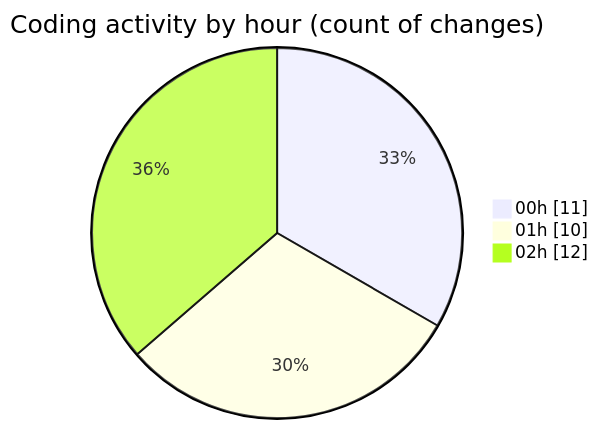
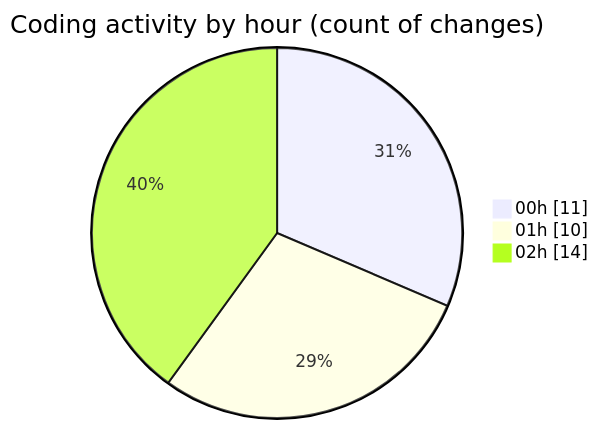
Before and after one commit to julien-gomy/code-tracking: the second of 2 diagrams in 2025-11-02/cdp_aleoudev_fr__workspace_/README.md, drawn with Mermaid. The commit also changed other lines of this file and 1 other file, not shown here.

````diff
--- a/2025-11-02/cdp_aleoudev_fr__workspace_/README.md
+++ b/2025-11-02/cdp_aleoudev_fr__workspace_/README.md
@@ -32,7 +32,7 @@
 ```mermaid
 pie showData
 title Coding activity by hour (count of changes)
 "00h" : 11
 "01h" : 10
-"02h" : 12
+"02h" : 14
 ```
````
